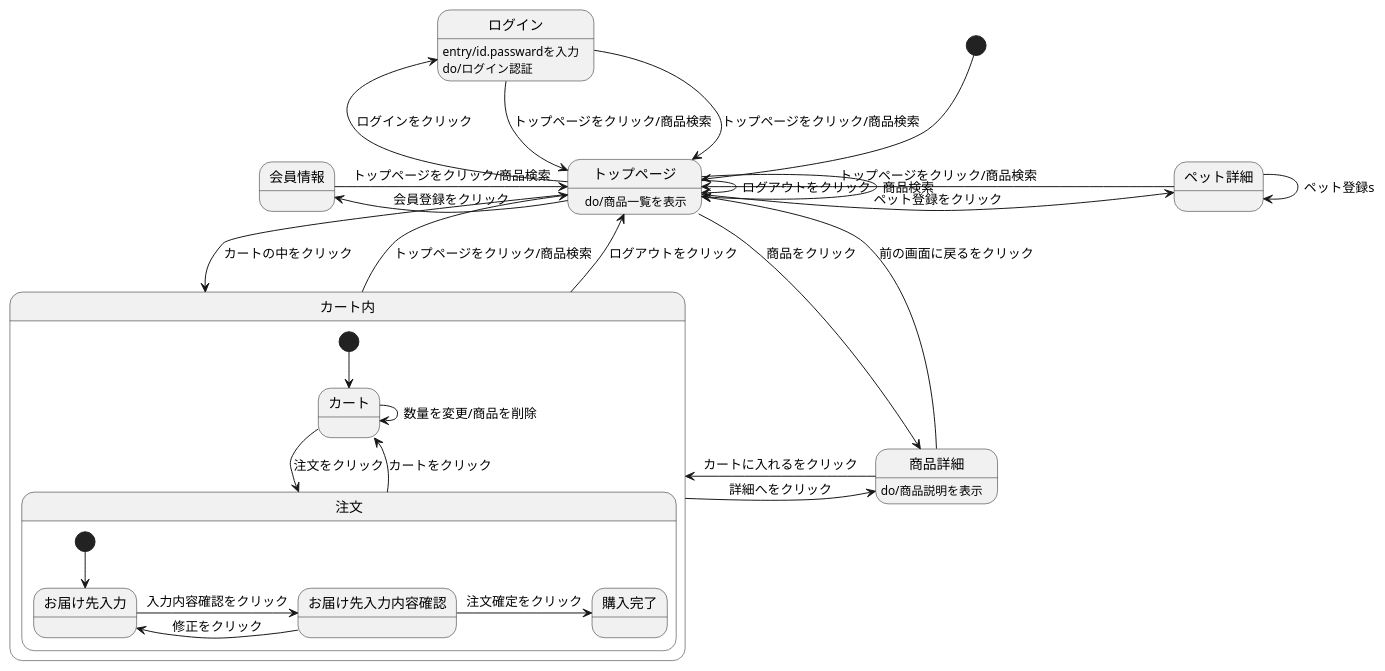
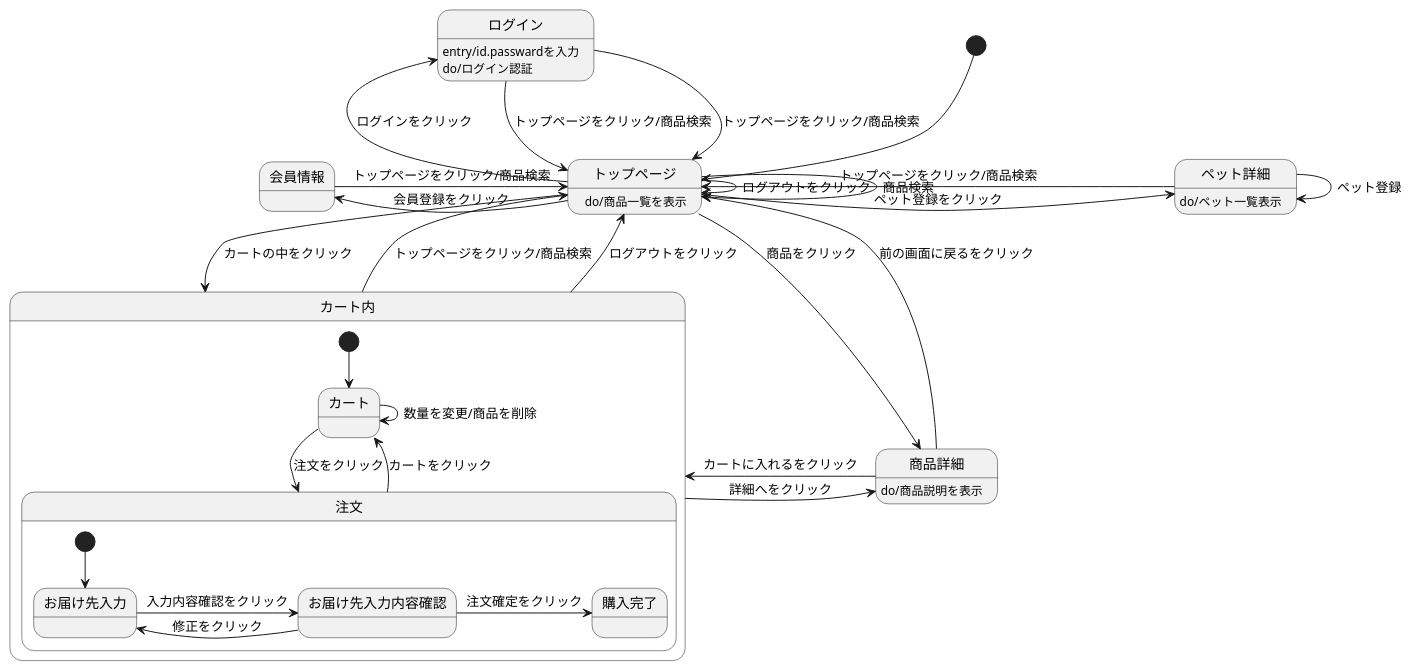
One commit to Aso2001025/2021-sys-design changed the diagram in stm02.md. Above: the diagram before and after it, drawn with PlantUML.

````diff
--- a/stm02.md
+++ b/stm02.md
@@ -1,39 +1,40 @@
 ```uml
   @startuml
     [*] --> トップページ
     会員情報 -> トップページ : トップページをクリック/商品検索
     ログイン --> トップページ : トップページをクリック/商品検索
     ペット詳細 -> トップページ : トップページをクリック/商品検索
     ログイン --> トップページ : トップページをクリック/商品検索
     ログイン :entry/id.passwardを入力
     ログイン :do/ログイン認証
     トップページ --> トップページ : ログアウトをクリック
     トップページ --> トップページ : 商品検索
     トップページ --> 商品詳細 : 商品をクリック
     トップページ -left-> 会員情報 : 会員登録をクリック
     トップページ -left-> ログイン : ログインをクリック
     トップページ -> カート内 : カートの中をクリック
     トップページ :　do/商品一覧を表示
     トップページ -> ペット詳細 : ペット登録をクリック
-    ペット詳細 -> ペット詳細 : ペット登録s
+    ペット詳細 -> ペット詳細 : ペット登録
+    ペット詳細 :do/ペット一覧表示
     商品詳細 -> カート内 : カートに入れるをクリック
     商品詳細 --> トップページ : 前の画面に戻るをクリック
     商品詳細 : do/商品説明を表示
     カート内 -up-> トップページ : トップページをクリック/商品検索
     カート内 -up-> トップページ : ログアウトをクリック
     カート内 -> 商品詳細 : 詳細へをクリック
     
     state カート内 {
       [*] --> カート
       カート -> 注文 : 注文をクリック
       カート -> カート : 数量を変更/商品を削除
       注文 --> カート : カートをクリック
       state 注文 {
         [*] --> お届け先入力
         お届け先入力 -> お届け先入力内容確認 : 入力内容確認をクリック
         お届け先入力内容確認 -> お届け先入力 : 修正をクリック
         お届け先入力内容確認 -> 購入完了 : 注文確定をクリック
       } 
    }
   @enduml
 ```
````
